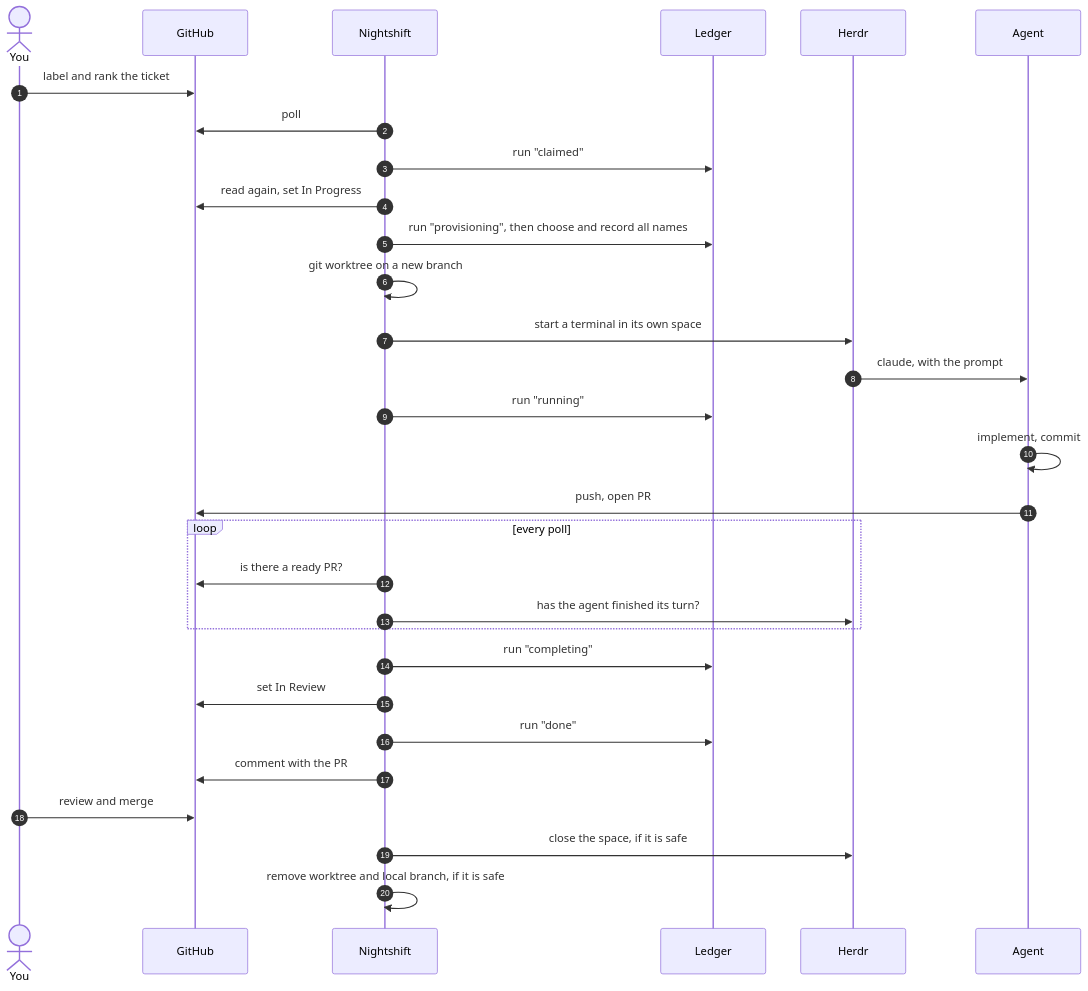
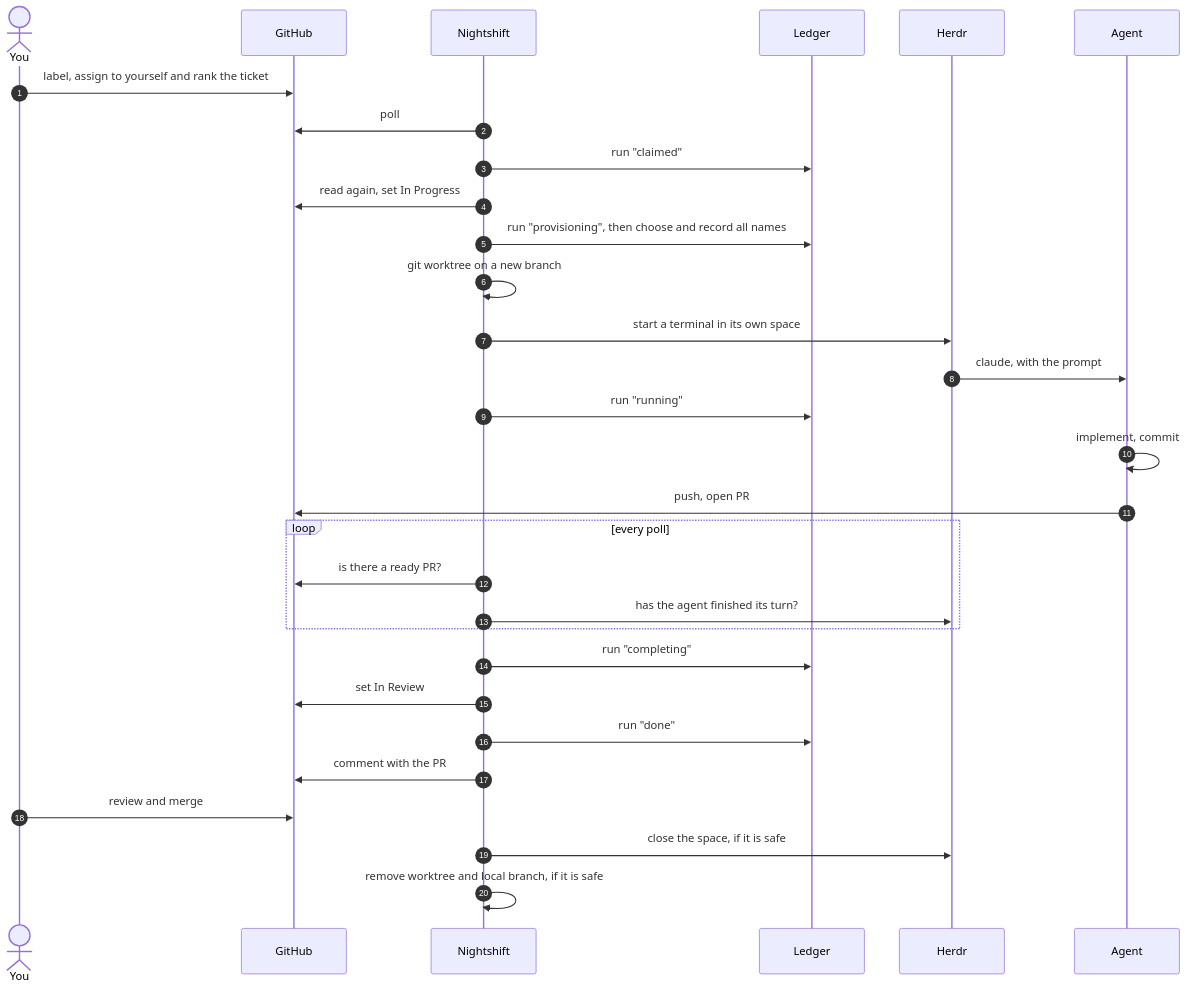
Before and after one commit to lacuna-core/nightshift: the fourth of 9 diagrams in docs/design.md, drawn with Mermaid. The commit also changed other lines of this file and 27 other files, not shown here.

````diff
--- a/docs/design.md
+++ b/docs/design.md
@@ -146,33 +146,33 @@
 ```mermaid
 sequenceDiagram
     autonumber
     actor You
     participant G as GitHub
     participant N as Nightshift
     participant D as Ledger
     participant H as Herdr
     participant A as Agent
 
-    You->>G: label and rank the ticket
+    You->>G: label, assign to yourself and rank the ticket
     N->>G: poll
     N->>D: run "claimed"
     N->>G: read again, set In Progress
     N->>D: run "provisioning", then choose and record all names
     N->>N: git worktree on a new branch
     N->>H: start a terminal in its own space
     H->>A: claude, with the prompt
     N->>D: run "running"
     A->>A: implement, commit
     A->>G: push, open PR
     loop every poll
         N->>G: is there a ready PR?
         N->>H: has the agent finished its turn?
     end
     N->>D: run "completing"
     N->>G: set In Review
     N->>D: run "done"
     N->>G: comment with the PR
     You->>G: review and merge
     N->>H: close the space, if it is safe
     N->>N: remove worktree and local branch, if it is safe
 ```
````
